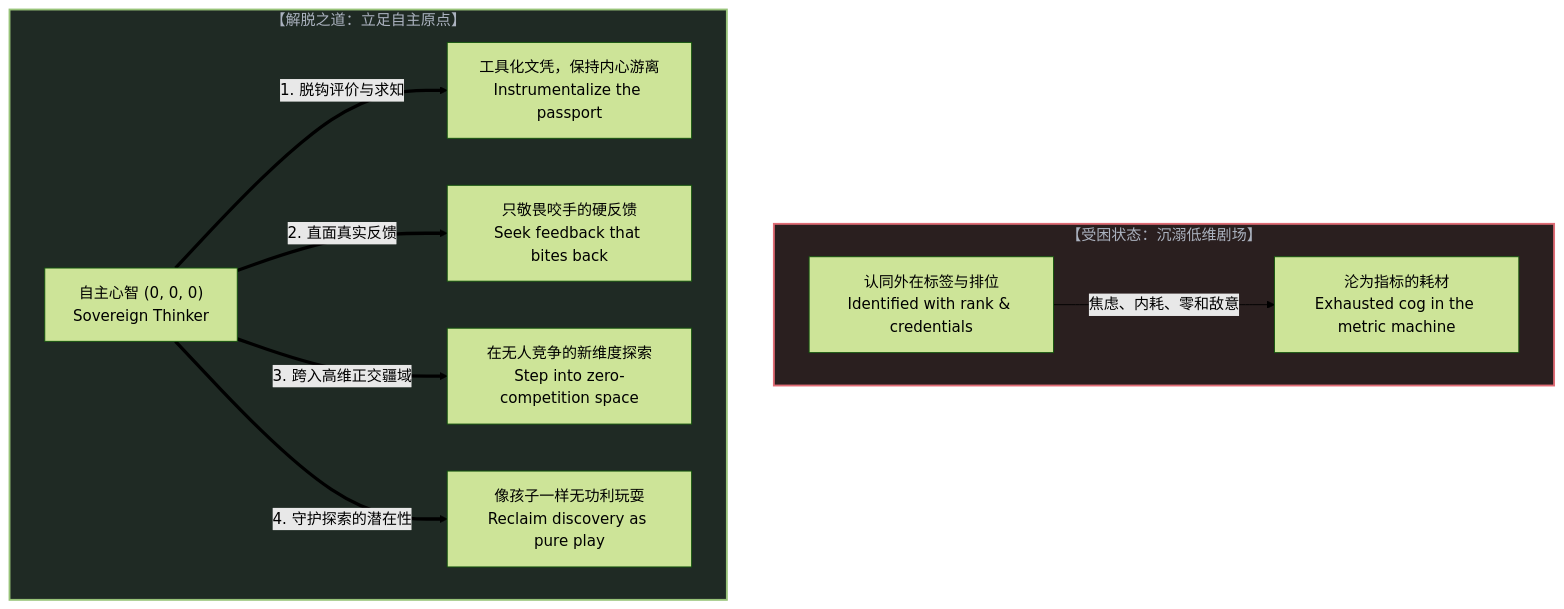
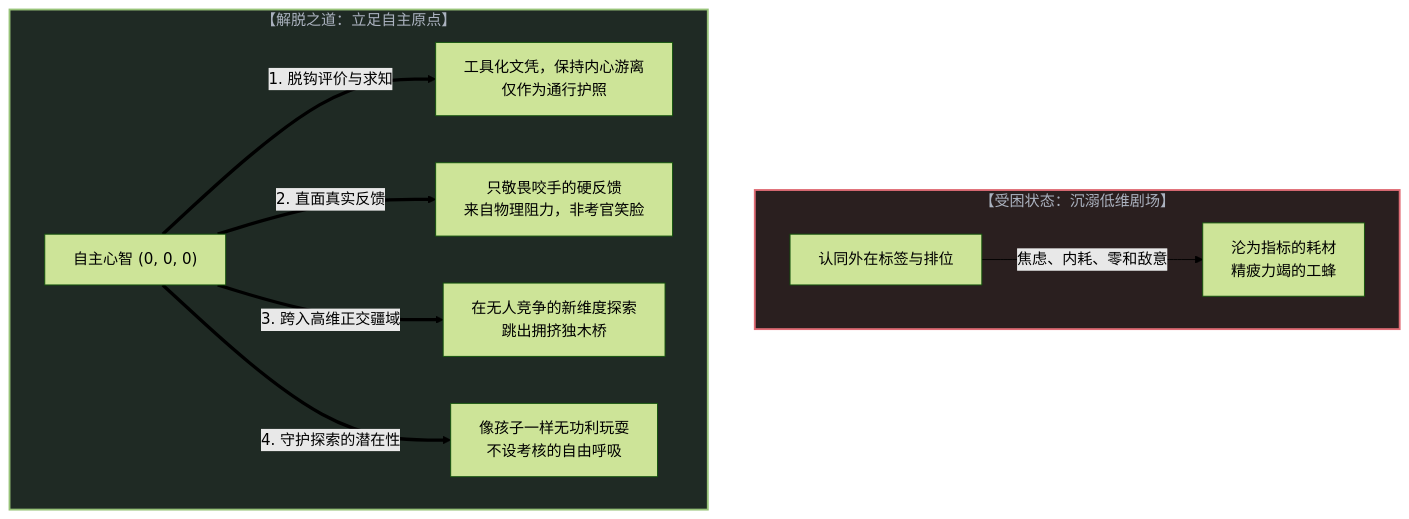
One commit to powerpig99/not-a-toe changed the seventh of 8 diagrams in content/posts/the-reversal-of-education-and-science.md. Above: the diagram before and after it, drawn with Mermaid (forest theme). The commit also changed other lines of this file and 7 other files, not shown here.

````diff
--- a/content/posts/the-reversal-of-education-and-science.md
+++ b/content/posts/the-reversal-of-education-and-science.md
@@ -255,18 +349,18 @@
 ```mermaid
 graph TD
     subgraph Trap["【受困状态：沉溺低维剧场】"]
-        TrapMind["认同外在标签与排位<br>Identified with rank & credentials"]
-        TrapMind -->|"焦虑、内耗、零和敌意"| Misery["沦为指标的耗材<br>Exhausted cog in the metric machine"]
+        TrapMind["认同外在标签与排位"]
+        TrapMind -->|"焦虑、内耗、零和敌意"| Misery["沦为指标的耗材<br>精疲力竭的工蜂"]
     end
 
     subgraph Sovereign["【解脱之道：立足自主原点】"]
-        SovereignMind["自主心智 (0, 0, 0)<br>Sovereign Thinker"]
-        SovereignMind ==>|"1. 脱钩评价与求知"| Step1["工具化文凭，保持内心游离<br>Instrumentalize the passport"]
-        SovereignMind ==>|"2. 直面真实反馈"| Step2["只敬畏咬手的硬反馈<br>Seek feedback that bites back"]
-        SovereignMind ==>|"3. 跨入高维正交疆域"| Step3["在无人竞争的新维度探索<br>Step into zero-competition space"]
-        SovereignMind ==>|"4. 守护探索的潜在性"| Step4["像孩子一样无功利玩耍<br>Reclaim discovery as pure play"]
+        SovereignMind["自主心智 (0, 0, 0)"]
+        SovereignMind ==>|"1. 脱钩评价与求知"| Step1["工具化文凭，保持内心游离<br>仅作为通行护照"]
+        SovereignMind ==>|"2. 直面真实反馈"| Step2["只敬畏咬手的硬反馈<br>来自物理阻力，非考官笑脸"]
+        SovereignMind ==>|"3. 跨入高维正交疆域"| Step3["在无人竞争的新维度探索<br>跳出拥挤独木桥"]
+        SovereignMind ==>|"4. 守护探索的潜在性"| Step4["像孩子一样无功利玩耍<br>不设考核的自由呼吸"]
     end
 
     style Trap fill:#2a1f1f,stroke:#e06c75,stroke-width:2px,color:#abb2bf
     style Sovereign fill:#1f2a24,stroke:#98c379,stroke-width:2px,color:#abb2bf
 ```
````
